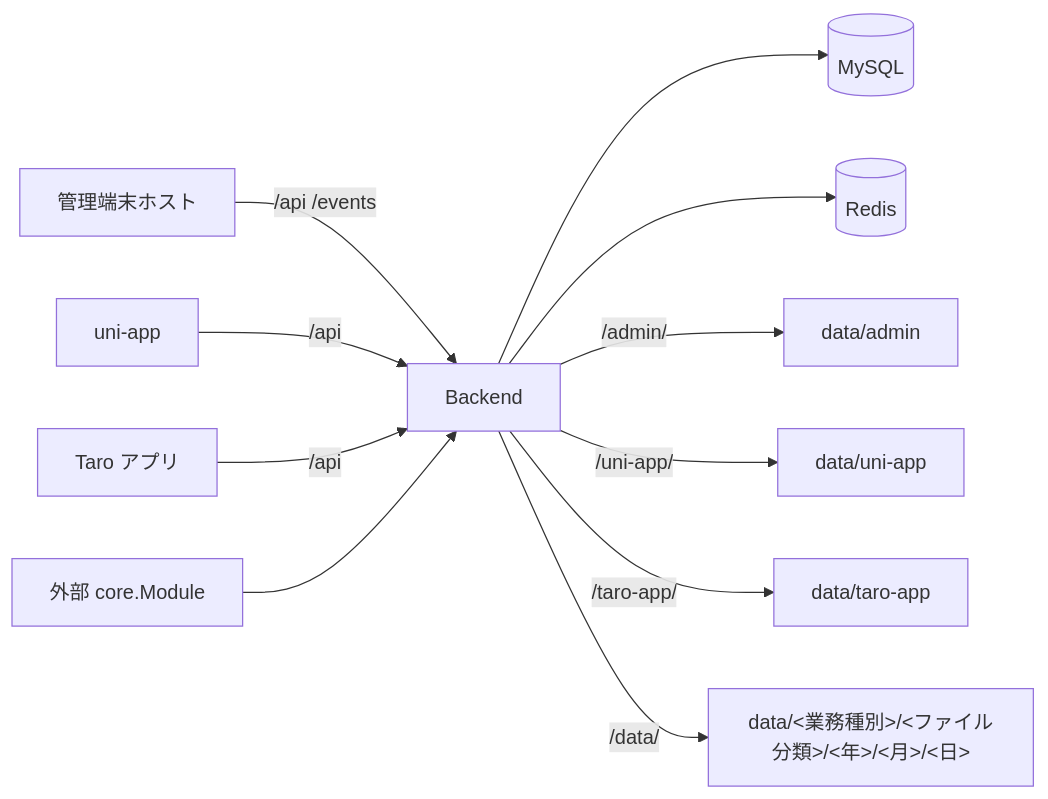
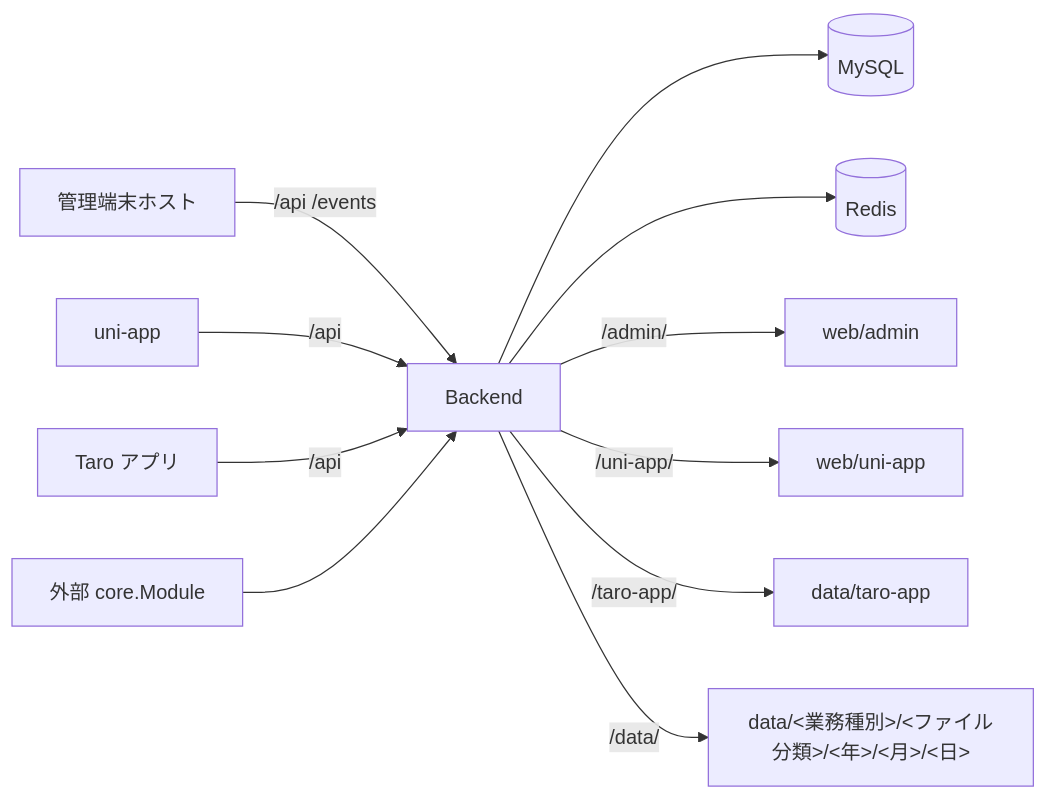
One commit to liujitcn/kratos-admin changed the diagram in docs/系统总体设计.ja-JP.md. Above: the diagram before and after it, drawn with Mermaid. The commit also changed other lines of this file and 96 other files, not shown here.

````diff
--- a/docs/系统总体设计.ja-JP.md
+++ b/docs/系统总体设计.ja-JP.md
@@ -23,13 +23,13 @@
 ```mermaid
 flowchart LR
   Admin["管理端末ホスト"] -->|"/api /events"| Backend["Backend"]
   UniApp["uni-app"] -->|"/api"| Backend
   Taro["Taro アプリ"] -->|"/api"| Backend
   Backend --> DB[("MySQL")]
   Backend --> Redis[("Redis")]
-  Backend -->|"/admin/"| AdminFiles["data/admin"]
-  Backend -->|"/uni-app/"| UniAppFiles["data/uni-app"]
+  Backend -->|"/admin/"| AdminFiles["web/admin"]
+  Backend -->|"/uni-app/"| UniAppFiles["web/uni-app"]
   Backend -->|"/taro-app/"| TaroFiles["data/taro-app"]
   Backend -->|"/data/"| UploadFiles["data/<業務種別>/<ファイル分類>/<年>/<月>/<日>"]
   Module["外部 core.Module"] --> Backend
 ```
````
